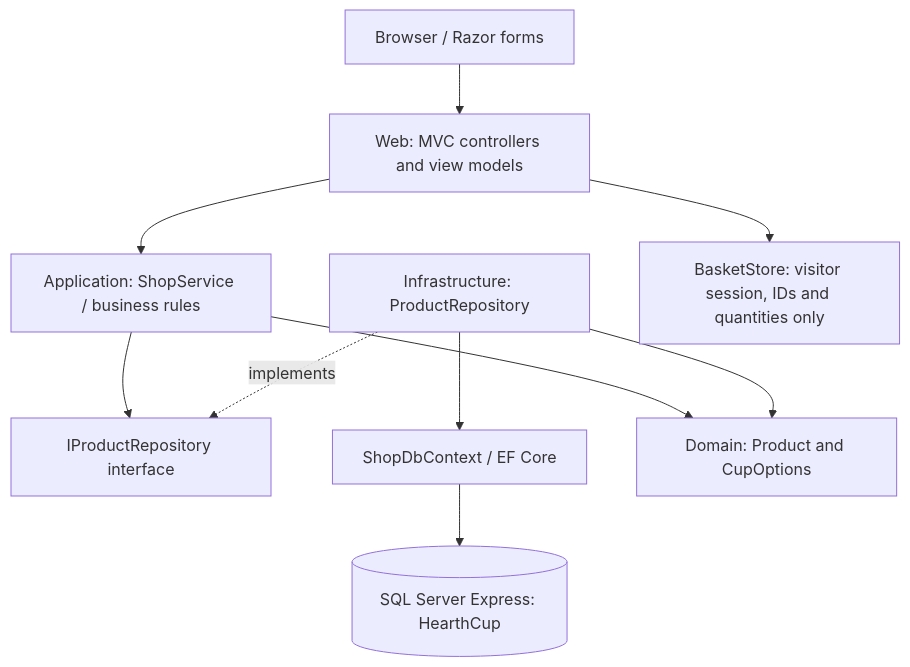
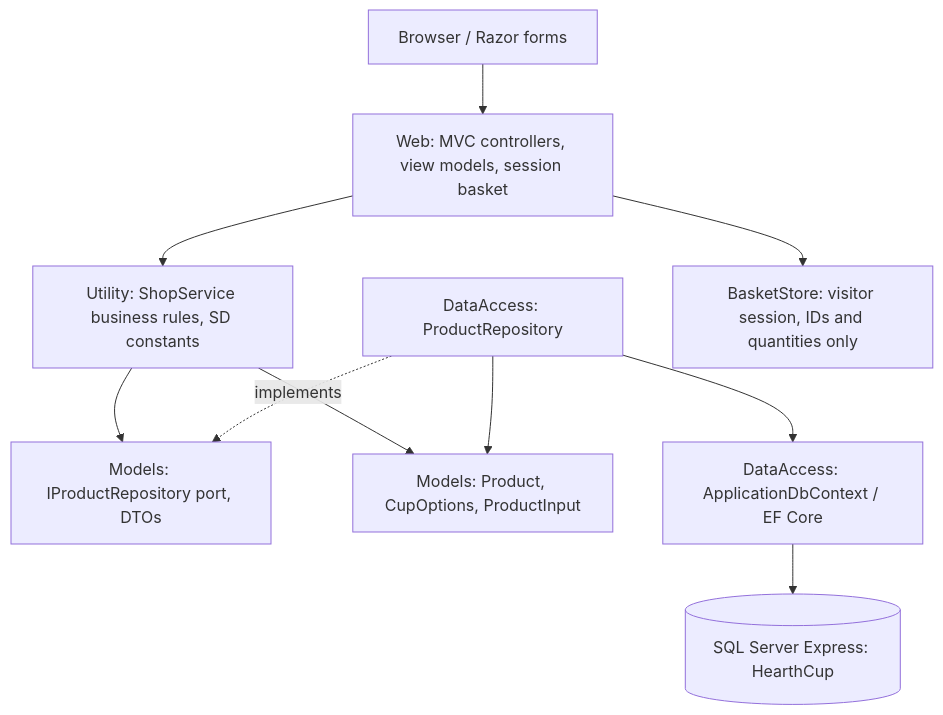
One commit to ztm667-667/CUP changed the diagram in docs/assessment-map.md. Above: the diagram before and after it, drawn with Mermaid. The commit also changed other lines of this file and 49 other files, not shown here.

````diff
--- a/docs/assessment-map.md
+++ b/docs/assessment-map.md
@@ -15,12 +15,12 @@
 ```mermaid
 flowchart TD
- Browser[Browser / Razor forms] --> Web[Web: MVC controllers and view models]
- Web --> App[Application: ShopService / business rules]
- App --> Port[IProductRepository interface]
- Infra[Infrastructure: ProductRepository] -. implements .-> Port
- Infra --> EF[ShopDbContext / EF Core]
+ Browser[Browser / Razor forms] --> Web[Web: MVC controllers, view models, session basket]
+ Web --> Svc[Utility: ShopService business rules, SD constants]
+ Svc --> Port[Models: IProductRepository port, DTOs]
+ Repo[DataAccess: ProductRepository] -. implements .-> Port
+ Svc --> Contract[Models: Product, CupOptions, ProductInput]
+ Repo --> Contract
+ Repo --> EF[DataAccess: ApplicationDbContext / EF Core]
  EF --> DB[(SQL Server Express: HearthCup)]
- App --> Domain[Domain: Product and CupOptions]
- Infra --> Domain
  Web --> Session[BasketStore: visitor session, IDs and quantities only]
 ```
````
